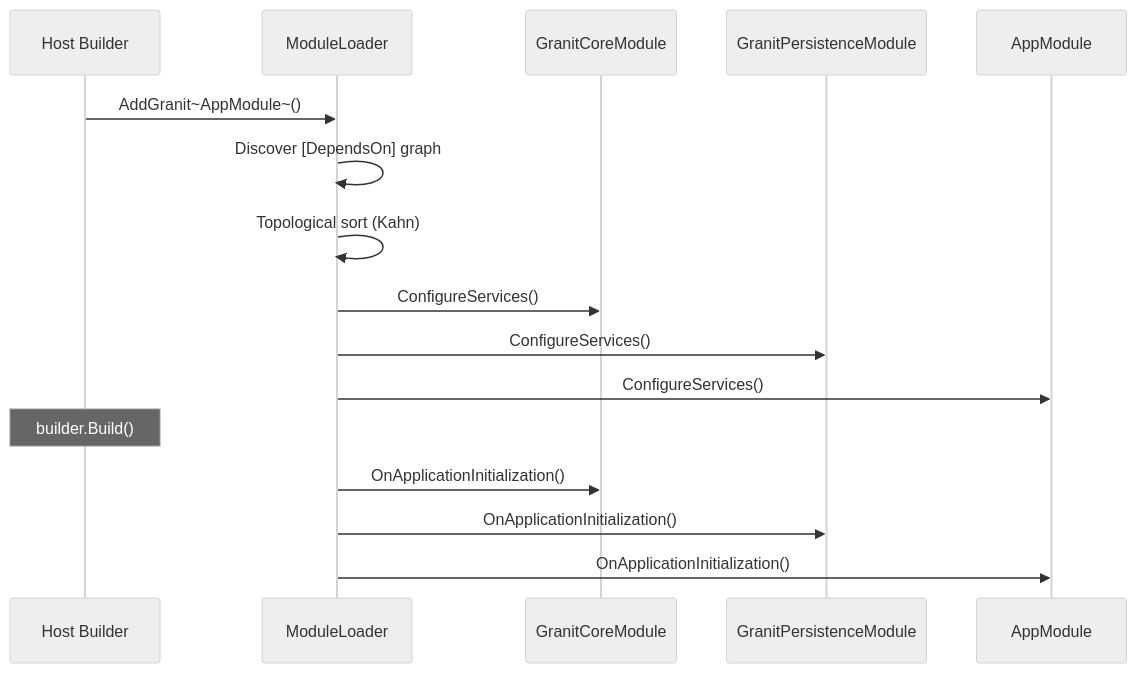
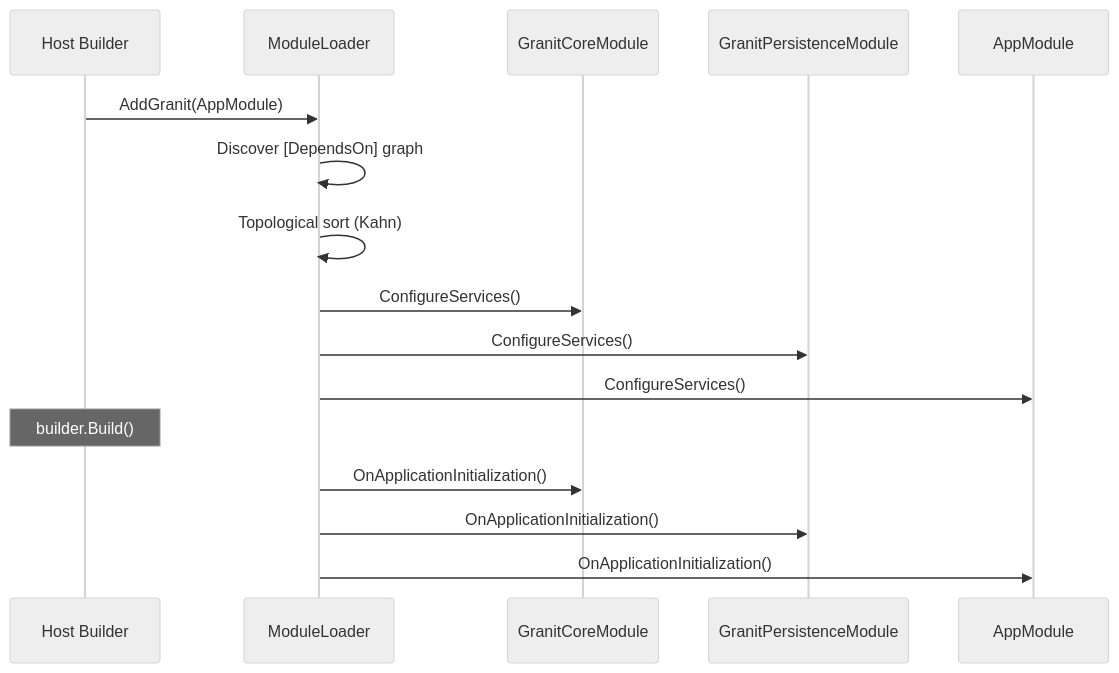
The diagram in docs-site/src/content/docs/reference/modules/core.mdx (enraiz/granit-dotnet), drawn with Mermaid (neutral theme) before and after one commit. The commit also changed 3 other files, not shown here.

First line of the commit message:
refactor(docs): extract mermaid script to public/mermaid-init.js

````diff
--- a/docs-site/src/content/docs/reference/modules/core.mdx
+++ b/docs-site/src/content/docs/reference/modules/core.mdx
@@ -102,19 +102,19 @@
 ```mermaid
 sequenceDiagram
     participant Host as Host Builder
     participant ML as ModuleLoader
     participant M1 as GranitCoreModule
     participant M2 as GranitPersistenceModule
     participant M3 as AppModule
 
-    Host->>ML: AddGranit~AppModule~()
+    Host->>ML: AddGranit(AppModule)
     ML->>ML: Discover [DependsOn] graph
     ML->>ML: Topological sort (Kahn)
     ML->>M1: ConfigureServices()
     ML->>M2: ConfigureServices()
     ML->>M3: ConfigureServices()
     Note over Host: builder.Build()
     ML->>M1: OnApplicationInitialization()
     ML->>M2: OnApplicationInitialization()
     ML->>M3: OnApplicationInitialization()
 ```
````
